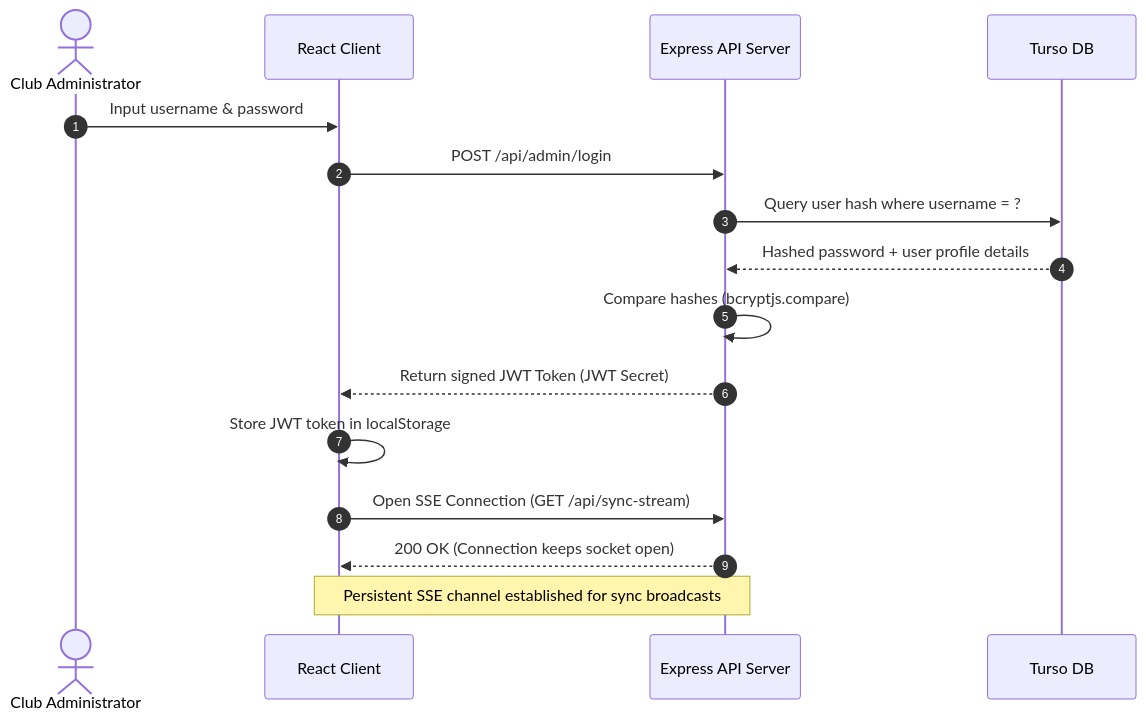
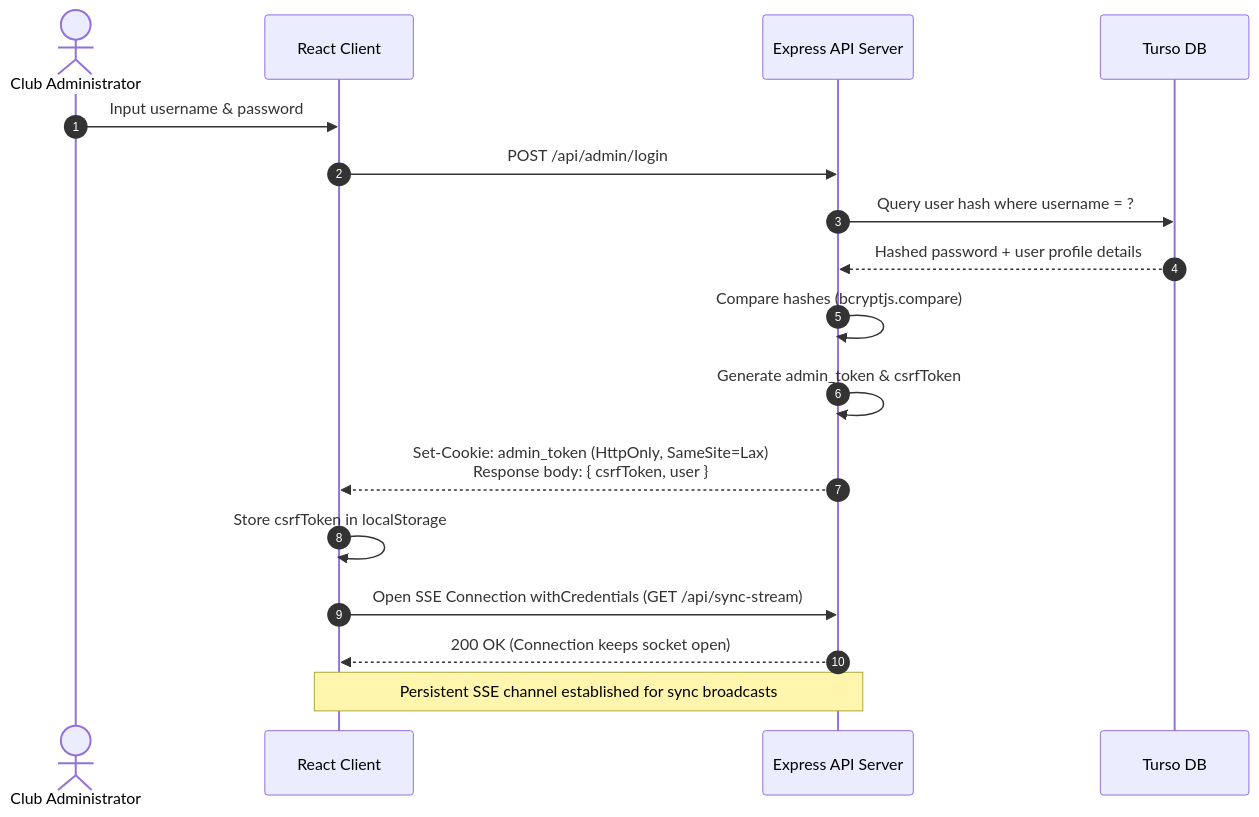
One commit to saicharan-bhuthkuri/rd changed the ninth of 25 diagrams in README.md. Above: the diagram before and after it, drawn with Mermaid. The commit also changed other lines of this file, not shown here.

Commit message:
docs: update system diagrams and add Figure 21 Security flowchart

````diff
--- a/README.md
+++ b/README.md
@@ -649,19 +675,20 @@
 ```mermaid
 sequenceDiagram
     autonumber
     actor Admin as Club Administrator
     participant FE as React Client
     participant BE as Express API Server
     participant DB as Turso DB
     
     Admin->>FE: Input username & password
     FE->>BE: POST /api/admin/login
     BE->>DB: Query user hash where username = ?
     DB-->>BE: Hashed password + user profile details
     BE->>BE: Compare hashes (bcryptjs.compare)
-    BE-->>FE: Return signed JWT Token (JWT Secret)
-    FE->>FE: Store JWT token in localStorage
-    FE->>BE: Open SSE Connection (GET /api/sync-stream)
+    BE->>BE: Generate admin_token & csrfToken
+    BE-->>FE: Set-Cookie: admin_token (HttpOnly, SameSite=Lax)<br/>Response body: { csrfToken, user }
+    FE->>FE: Store csrfToken in localStorage
+    FE->>BE: Open SSE Connection withCredentials (GET /api/sync-stream)
     BE-->>FE: 200 OK (Connection keeps socket open)
     Note over FE,BE: Persistent SSE channel established for sync broadcasts
 ```
````
